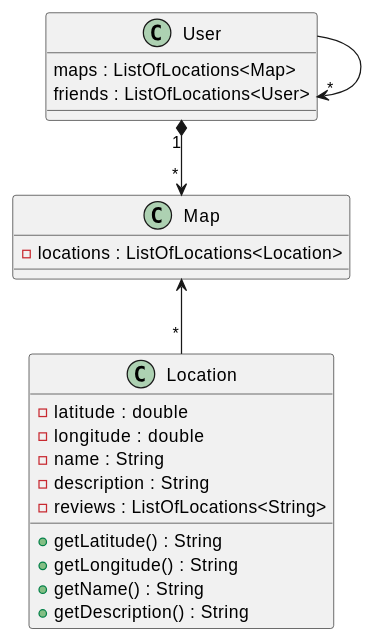
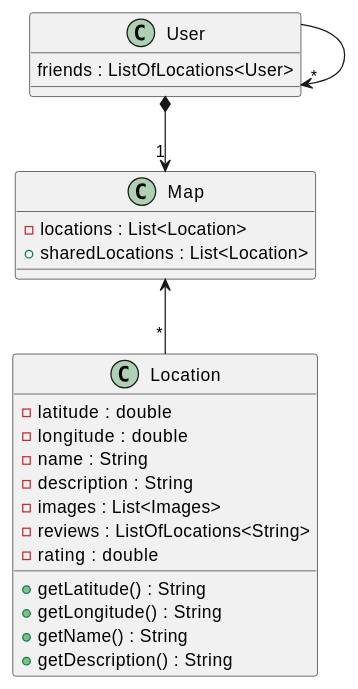
Before and after one commit to Arquisoft/lomap_en2a: the diagram in docs/08_concepts.adoc, drawn with PlantUML. The commit also changed other lines of this file, not shown here.

Commit message:
Removed obsolete points, added new ones and few changes to domain model diagram.

```diff
--- a/docs/08_concepts.adoc
+++ b/docs/08_concepts.adoc
@@ -57,26 +57,28 @@
 [plantuml,Domain model,png]
 ----
 class Map
-    Map : - locations : ListOfLocations<Location>
+    Map : - locations : List<Location>
+    Map : + sharedLocations : List<Location>
 
 class Location
     Location : - latitude : double
     Location : - longitude : double    
     Location : - name : String
     Location : - description : String
+    Location : - images : List<Images>
     Location : - reviews : ListOfLocations<String>
+    Location : - rating : double
 
     Location : + getLatitude() : String
     Location : + getLongitude() : String
     Location : + getName() : String
     Location : + getDescription() : String
 
 class User
-    User : maps : ListOfLocations<Map>
     User : friends : ListOfLocations<User>
 
 
 Map <-- "*" Location
-User "1" *--> "*" Map 
+User *--> "1" Map
 User --> "*" User
 ----
```
